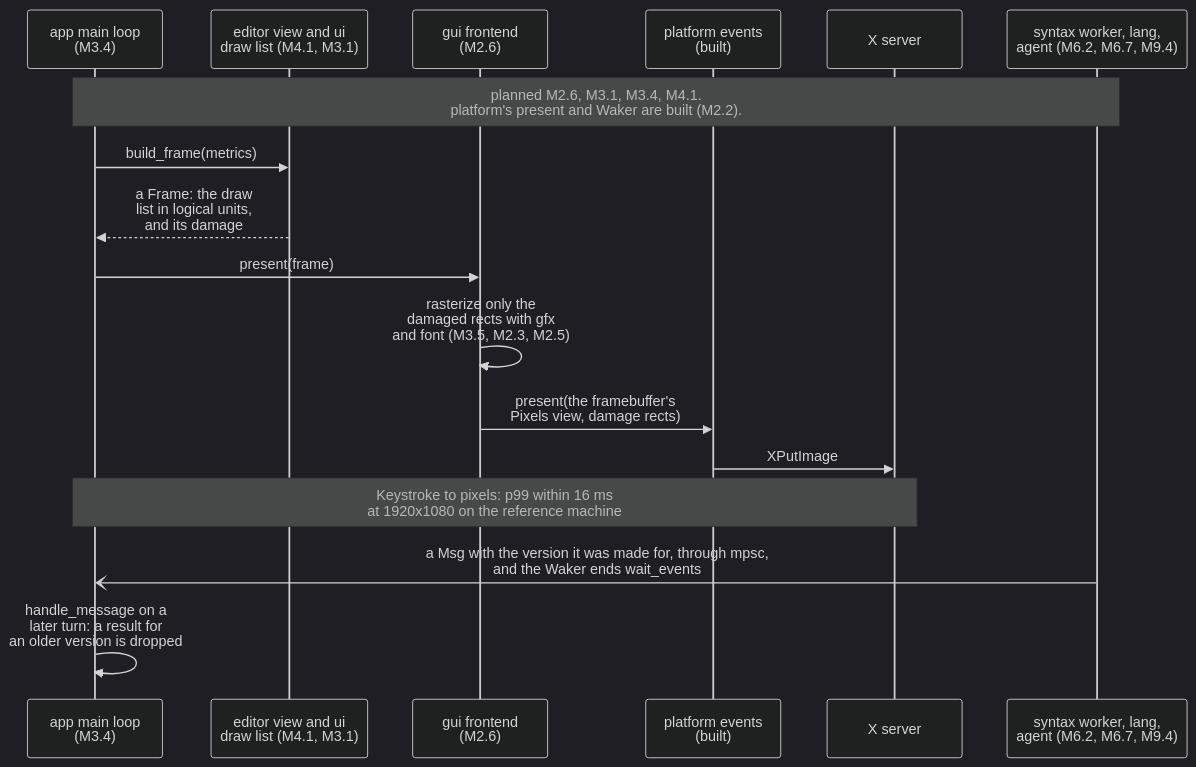
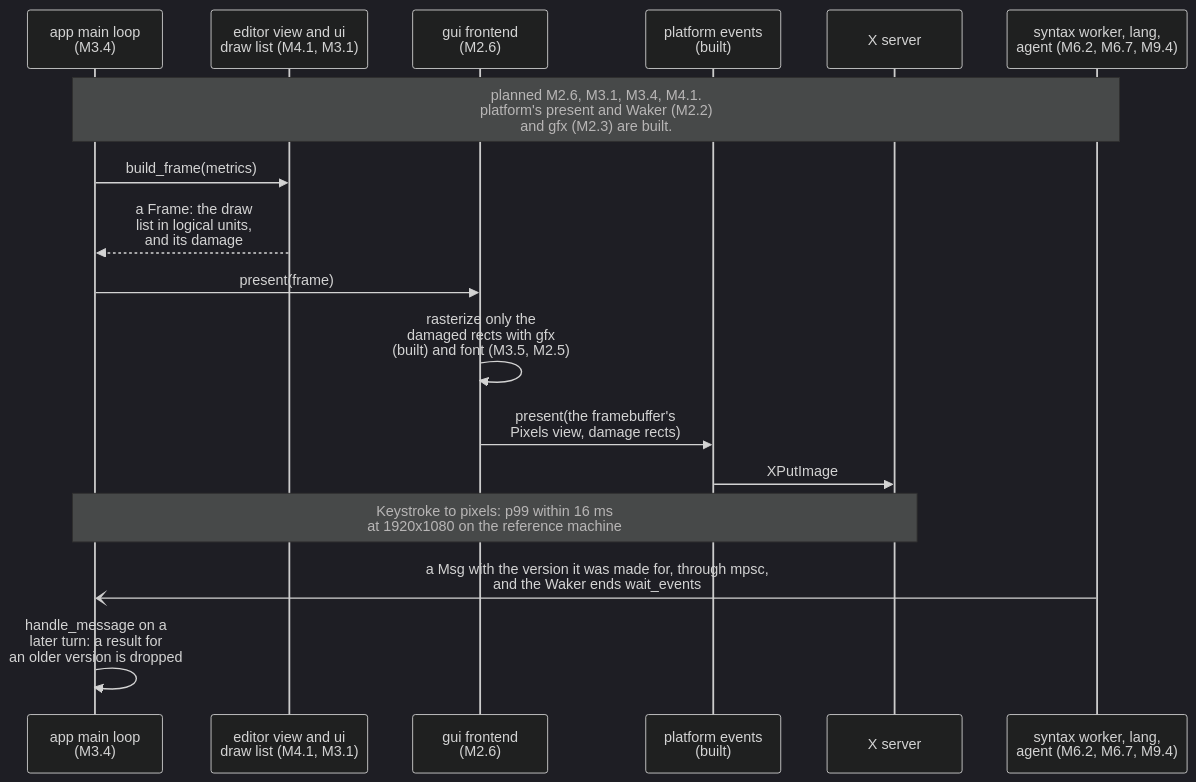
Before and after one commit to jabbott-iii/Tidepool: diagram 12 of 21 in diagrams/sequence-diagrams.md, drawn with Mermaid (dark theme). The commit also changed other lines of this file and 28 other files, not shown here.

````diff
--- a/diagrams/sequence-diagrams.md
+++ b/diagrams/sequence-diagrams.md
@@ -557,20 +557,20 @@
 ```mermaid
 sequenceDiagram
     participant ML as app main loop<br/>(M3.4)
     participant View as editor view and ui<br/>draw list (M4.1, M3.1)
     participant Fe as gui frontend<br/>(M2.6)
     participant Plat as platform events<br/>(built)
     participant Disp as X server
     participant Bg as syntax worker, lang,<br/>agent (M6.2, M6.7, M9.4)
 
-    Note over ML,Bg: planned M2.6, M3.1, M3.4, M4.1.<br/>platform's present and Waker are built (M2.2).
+    Note over ML,Bg: planned M2.6, M3.1, M3.4, M4.1.<br/>platform's present and Waker (M2.2)<br/>and gfx (M2.3) are built.
     ML->>View: build_frame(metrics)
     View-->>ML: a Frame: the draw<br/>list in logical units,<br/>and its damage
     ML->>Fe: present(frame)
-    Fe->>Fe: rasterize only the<br/>damaged rects with gfx<br/>and font (M3.5, M2.3, M2.5)
+    Fe->>Fe: rasterize only the<br/>damaged rects with gfx<br/>(built) and font (M3.5, M2.5)
     Fe->>Plat: present(the framebuffer's<br/>Pixels view, damage rects)
     Plat->>Disp: XPutImage
     Note over ML,Disp: Keystroke to pixels: p99 within 16 ms<br/>at 1920x1080 on the reference machine
     Bg-)ML: a Msg with the version it was made for, through mpsc,<br/>and the Waker ends wait_events
     ML->>ML: handle_message on a<br/>later turn: a result for<br/>an older version is dropped
 ```
````
